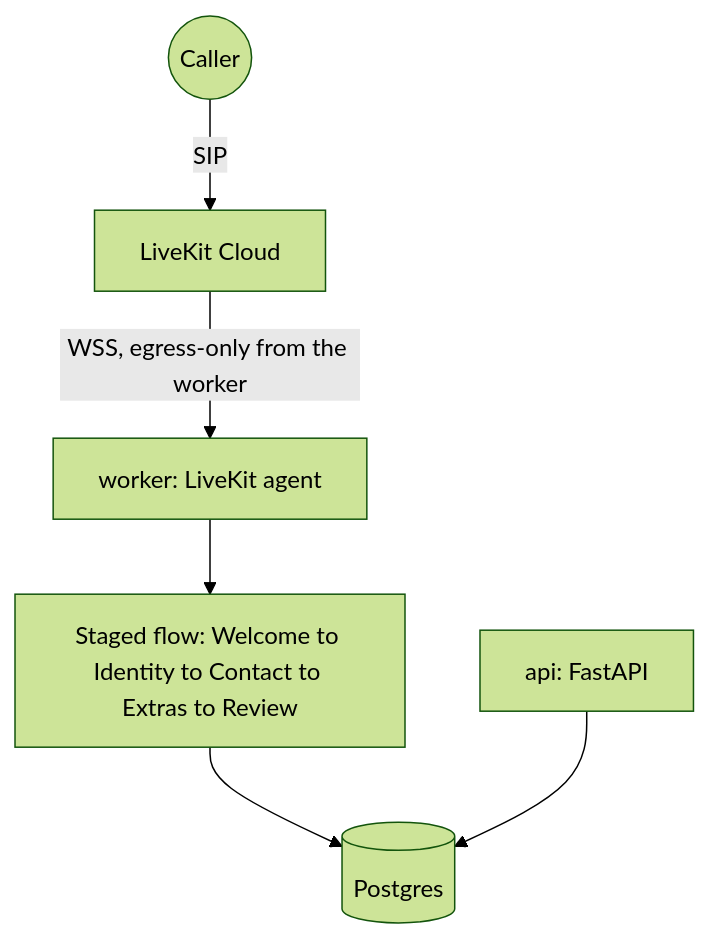
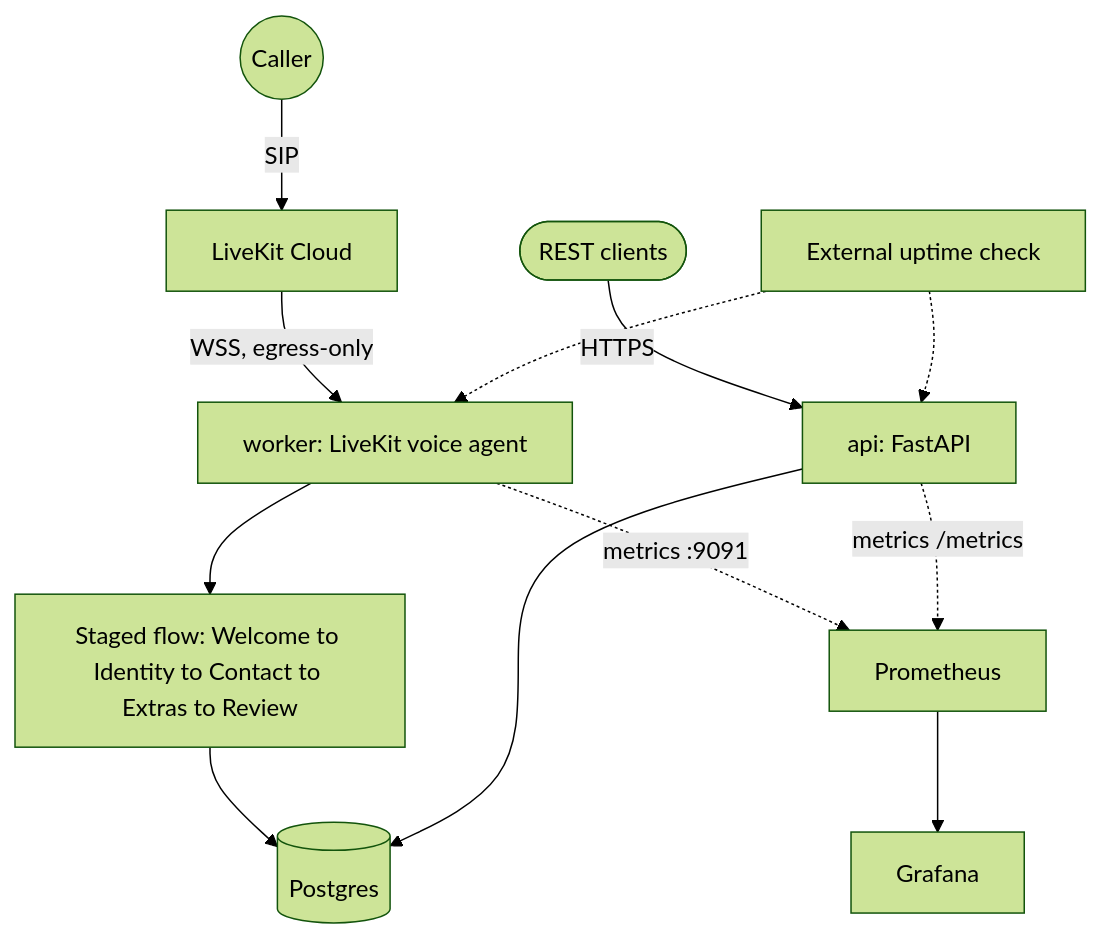
One commit to muazarif12/DevOps_Infrastructure_Engineer_Challenge changed the diagram in README.md. Above: the diagram before and after it, drawn with Mermaid (forest theme). The commit also changed other lines of this file and 4 other files, not shown here.

````diff
--- a/README.md
+++ b/README.md
@@ -27,8 +23,16 @@
 ```mermaid
 flowchart TD
   Caller((Caller)) -->|SIP| LKC[LiveKit Cloud]
-  LKC -->|WSS, egress-only from the worker| Worker[worker: LiveKit agent]
+  LKC -->|WSS, egress-only| Worker[worker: LiveKit voice agent]
   Worker --> Flow[Staged flow: Welcome to Identity to Contact to Extras to Review]
   Flow --> PG[(Postgres)]
-  API[api: FastAPI] --> PG
+  Client([REST clients]) -->|HTTPS| API[api: FastAPI]
+  API --> PG
+
+  Worker -. metrics :9091 .-> Prom[Prometheus]
+  API -. metrics /metrics .-> Prom
+  Prom --> Grafana
+
+  Uptime[External uptime check] -.-> Worker
+  Uptime -.-> API
 ```
````
